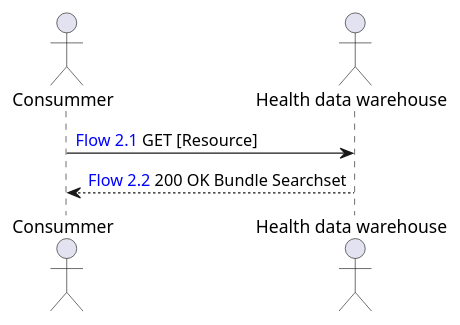
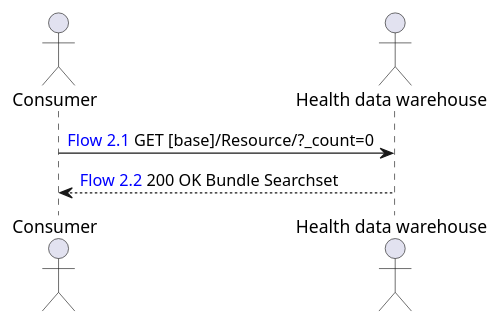
The diagram in input/images-source/feasibility_study_research_flow.plantuml (ONCOFAIR/FHIR-ImplementationGuide-Article), drawn with PlantUML before and after one commit. The commit also changed 8 other files, not shown here.

```diff
--- a/input/images-source/feasibility_study_research_flow.plantuml
+++ b/input/images-source/feasibility_study_research_flow.plantuml
@@ -1,7 +1,8 @@
 @startuml
-actor "Consummer" as C
-actor "Health data warehouse" as EDS
+actor "Consumer" as C
+actor "Health data warehouse" as EDS 
 
-C -> EDS: <color:blue>Flow 2.1</color> GET [Resource]
+C -> EDS: <color:blue>Flow 2.1</color> GET [base]/Resource/?_count=0
 EDS --> C: <color:blue>Flow 2.2</color> 200 OK Bundle Searchset
+
 @enduml
```
